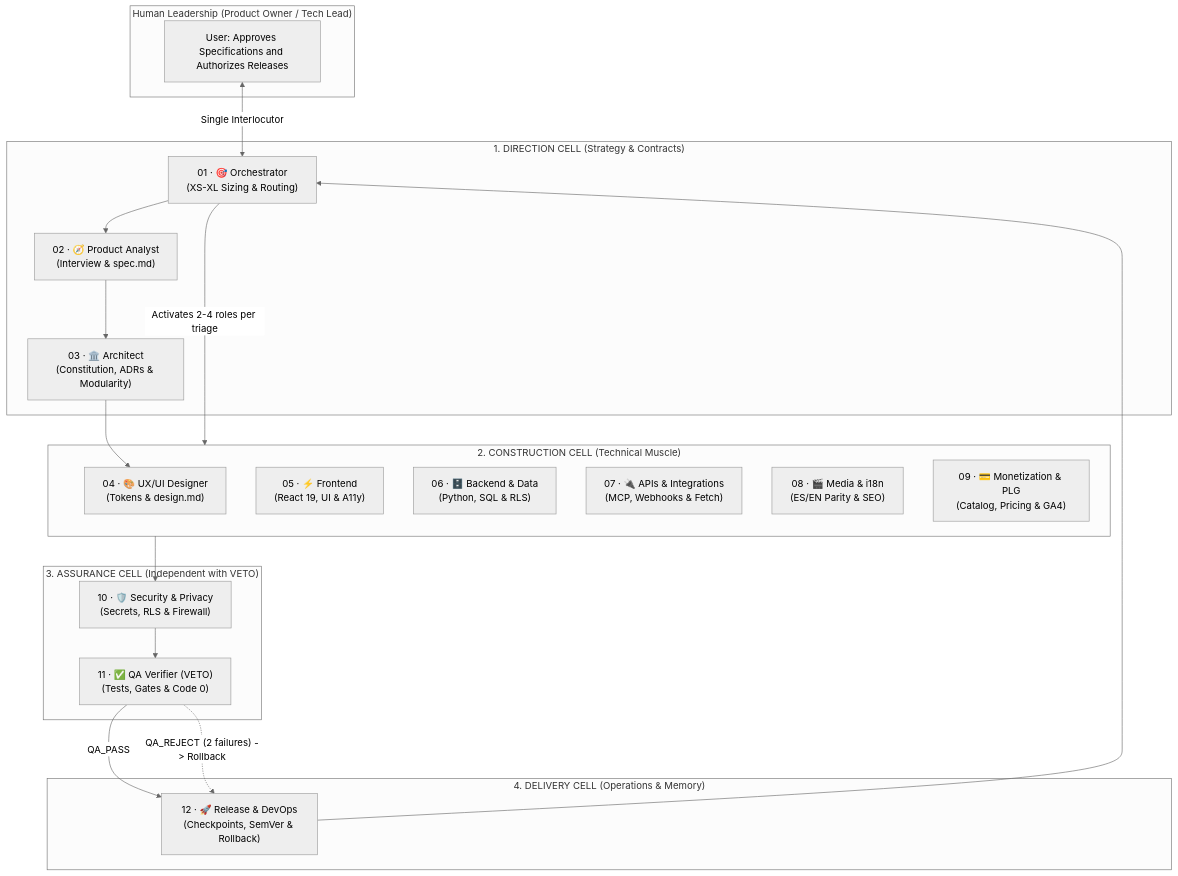
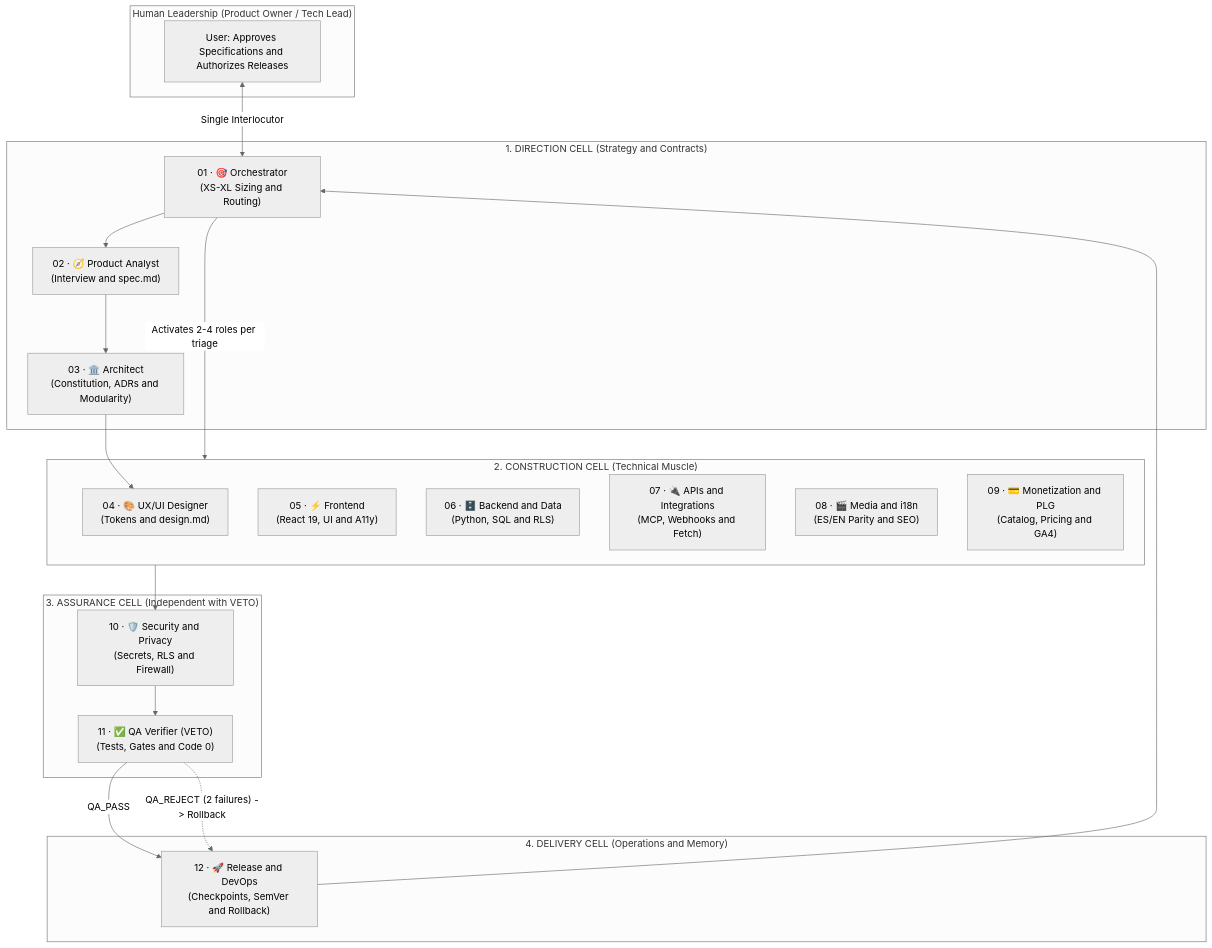
The diagram in content/en/posts/helix-part1-spec-dna-12-agent-engineering-squad/index.md (Dalaez/datalaria-website), drawn with Mermaid (neutral theme) before and after one commit. The commit also changed other lines of this file and 28 other files, not shown here.

```diff
--- a/content/en/posts/helix-part1-spec-dna-12-agent-engineering-squad/index.md
+++ b/content/en/posts/helix-part1-spec-dna-12-agent-engineering-squad/index.md
@@ -108,38 +102,38 @@
 {{< mermaid >}}
 flowchart TB
     subgraph User["Human Leadership (Product Owner / Tech Lead)"]
         U["User: Approves Specifications and Authorizes Releases"]
     end
 
-    subgraph Cell1["1. DIRECTION CELL (Strategy & Contracts)"]
-        A01["01 · 🎯 Orchestrator\n(XS-XL Sizing & Routing)"]
-        A02["02 · 🧭 Product Analyst\n(Interview & spec.md)"]
-        A03["03 · 🏛️ Architect\n(Constitution, ADRs & Modularity)"]
+    subgraph Cell1["1. DIRECTION CELL (Strategy and Contracts)"]
+        A01["01 · 🎯 Orchestrator\n(XS-XL Sizing and Routing)"]
+        A02["02 · 🧭 Product Analyst\n(Interview and spec.md)"]
+        A03["03 · 🏛️ Architect\n(Constitution, ADRs and Modularity)"]
     end
 
     subgraph Cell2["2. CONSTRUCTION CELL (Technical Muscle)"]
-        A04["04 · 🎨 UX/UI Designer\n(Tokens & design.md)"]
-        A05["05 · ⚡ Frontend\n(React 19, UI & A11y)"]
-        A06["06 · 🗄️ Backend & Data\n(Python, SQL & RLS)"]
-        A07["07 · 🔌 APIs & Integrations\n(MCP, Webhooks & Fetch)"]
-        A08["08 · 🎬 Media & i18n\n(ES/EN Parity & SEO)"]
-        A09["09 · 💳 Monetization & PLG\n(Catalog, Pricing & GA4)"]
+        A04["04 · 🎨 UX/UI Designer\n(Tokens and design.md)"]
+        A05["05 · ⚡ Frontend\n(React 19, UI and A11y)"]
+        A06["06 · 🗄️ Backend and Data\n(Python, SQL and RLS)"]
+        A07["07 · 🔌 APIs and Integrations\n(MCP, Webhooks and Fetch)"]
+        A08["08 · 🎬 Media and i18n\n(ES/EN Parity and SEO)"]
+        A09["09 · 💳 Monetization and PLG\n(Catalog, Pricing and GA4)"]
     end
 
     subgraph Cell3["3. ASSURANCE CELL (Independent with VETO)"]
-        A10["10 · 🛡️ Security & Privacy\n(Secrets, RLS & Firewall)"]
-        A11["11 · ✅ QA Verifier (VETO)\n(Tests, Gates & Code 0)"]
+        A10["10 · 🛡️ Security and Privacy\n(Secrets, RLS and Firewall)"]
+        A11["11 · ✅ QA Verifier (VETO)\n(Tests, Gates and Code 0)"]
     end
 
-    subgraph Cell4["4. DELIVERY CELL (Operations & Memory)"]
-        A12["12 · 🚀 Release & DevOps\n(Checkpoints, SemVer & Rollback)"]
+    subgraph Cell4["4. DELIVERY CELL (Operations and Memory)"]
+        A12["12 · 🚀 Release and DevOps\n(Checkpoints, SemVer and Rollback)"]
     end
 
     U <-->|"Single Interlocutor"| A01
     A01 --> A02 --> A03
     A03 --> A04
     A01 -->|"Activates 2-4 roles per triage"| Cell2
     Cell2 --> A10 --> A11
     A11 -->|"QA_PASS"| A12 --> A01
     A11 -.->|"QA_REJECT (2 failures) -> Rollback"| A12
 {{< /mermaid >}}
```
